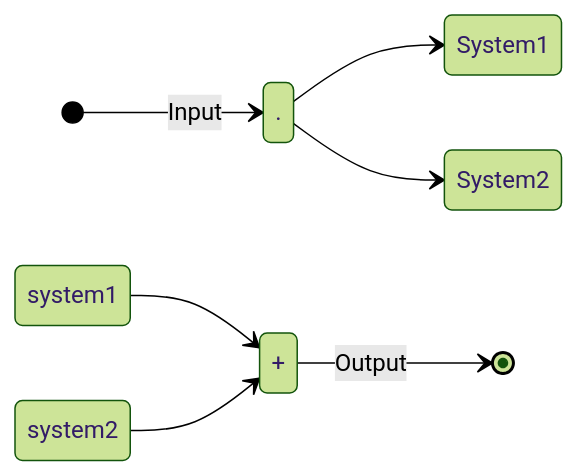
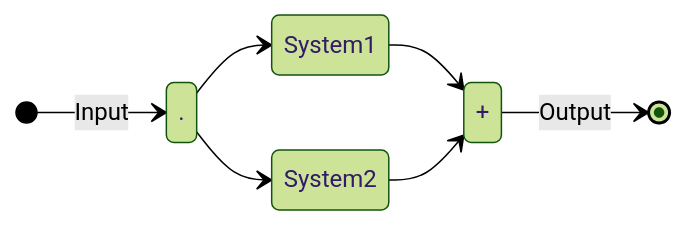
One commit to setrar/dsp changed the fourth of 5 diagrams in signal-processing/kutz/5/README.md. Above: the diagram before and after it, drawn with Mermaid (forest theme). The commit also changed other lines of this file, not shown here.

````diff
--- a/signal-processing/kutz/5/README.md
+++ b/signal-processing/kutz/5/README.md
@@ -73,10 +65,10 @@
 ```mermaid
 stateDiagram-v2
     direction LR
     [*] --> . : Input
     . --> System1
     . --> System2
-    system1 --> +
-    system2 --> +
+    System1 --> +
+    System2 --> +
     + --> [*] : Output
 ```
````
